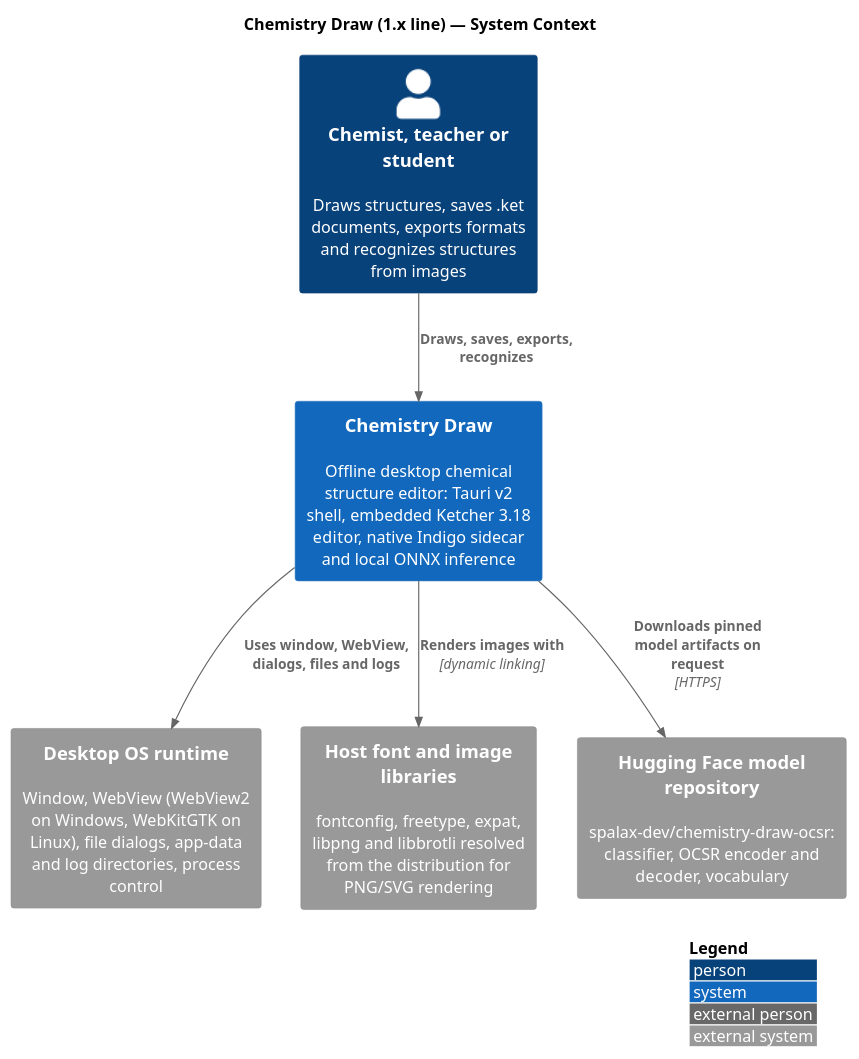
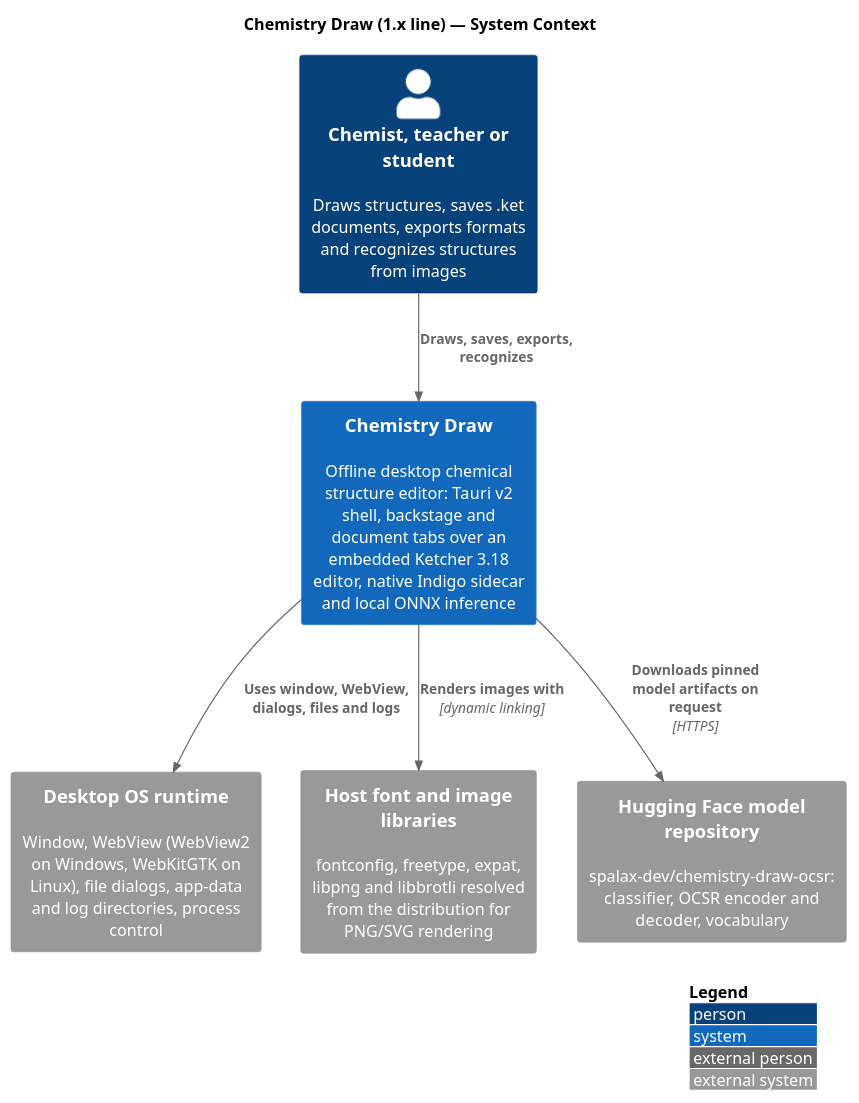
One commit to spalax-dev/chemistry_draw changed the diagram in docs/planning/c4/context.puml. Above: the diagram before and after it, drawn with PlantUML. The commit also changed 25 other files, not shown here.

```diff
--- a/docs/planning/c4/context.puml
+++ b/docs/planning/c4/context.puml
@@ -1,23 +1,23 @@
 @startuml
 !include <C4/C4_Context>
 
 title Chemistry Draw (1.x line) — System Context
 
 Person(user, "Chemist, teacher or student", "Draws structures, saves .ket documents, exports formats and recognizes structures from images")
 
-System(chemistry_draw, "Chemistry Draw", "Offline desktop chemical structure editor: Tauri v2 shell, embedded Ketcher 3.18 editor, native Indigo sidecar and local ONNX inference")
+System(chemistry_draw, "Chemistry Draw", "Offline desktop chemical structure editor: Tauri v2 shell, backstage and document tabs over an embedded Ketcher 3.18 editor, native Indigo sidecar and local ONNX inference")
 
 System_Ext(os_runtime, "Desktop OS runtime", "Window, WebView (WebView2 on Windows, WebKitGTK on Linux), file dialogs, app-data and log directories, process control")
 
 System_Ext(host_libs, "Host font and image libraries", "fontconfig, freetype, expat, libpng and libbrotli resolved from the distribution for PNG/SVG rendering")
 
 System_Ext(huggingface, "Hugging Face model repository", "spalax-dev/chemistry-draw-ocsr: classifier, OCSR encoder and decoder, vocabulary")
 
 Rel(user, chemistry_draw, "Draws, saves, exports, recognizes")
 Rel(chemistry_draw, os_runtime, "Uses window, WebView, dialogs, files and logs")
 Rel(chemistry_draw, host_libs, "Renders images with", "dynamic linking")
 Rel(chemistry_draw, huggingface, "Downloads pinned model artifacts on request", "HTTPS")
 
 LAYOUT_WITH_LEGEND()
 
 @enduml
```
